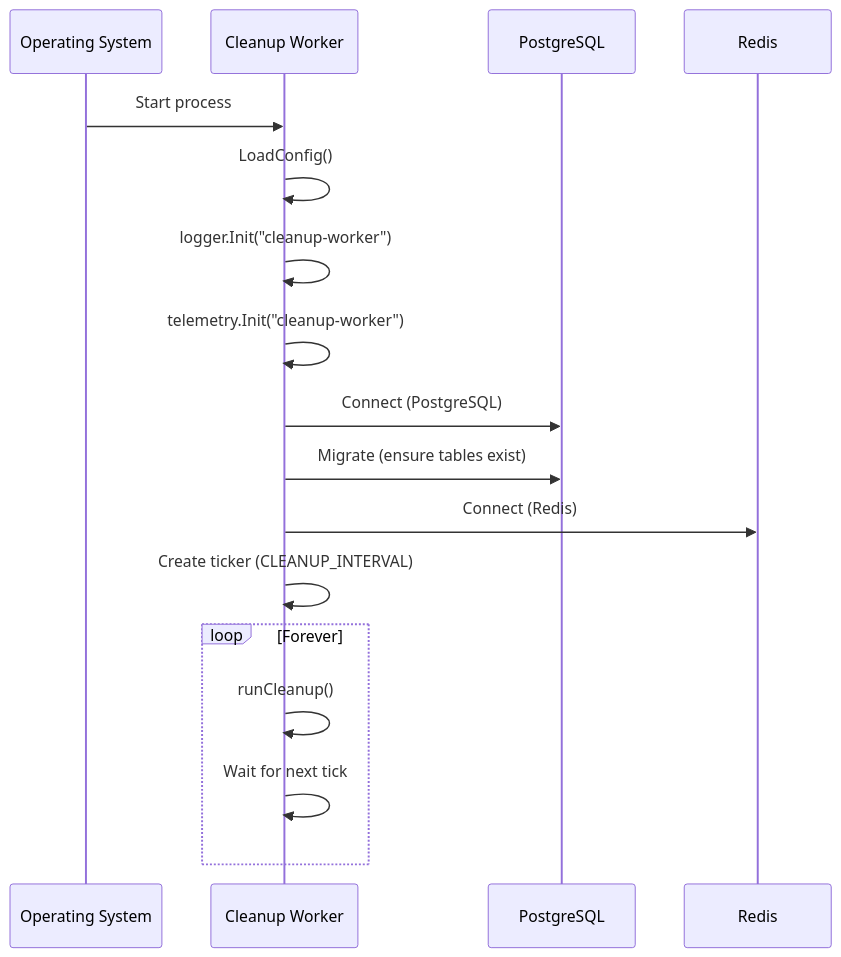
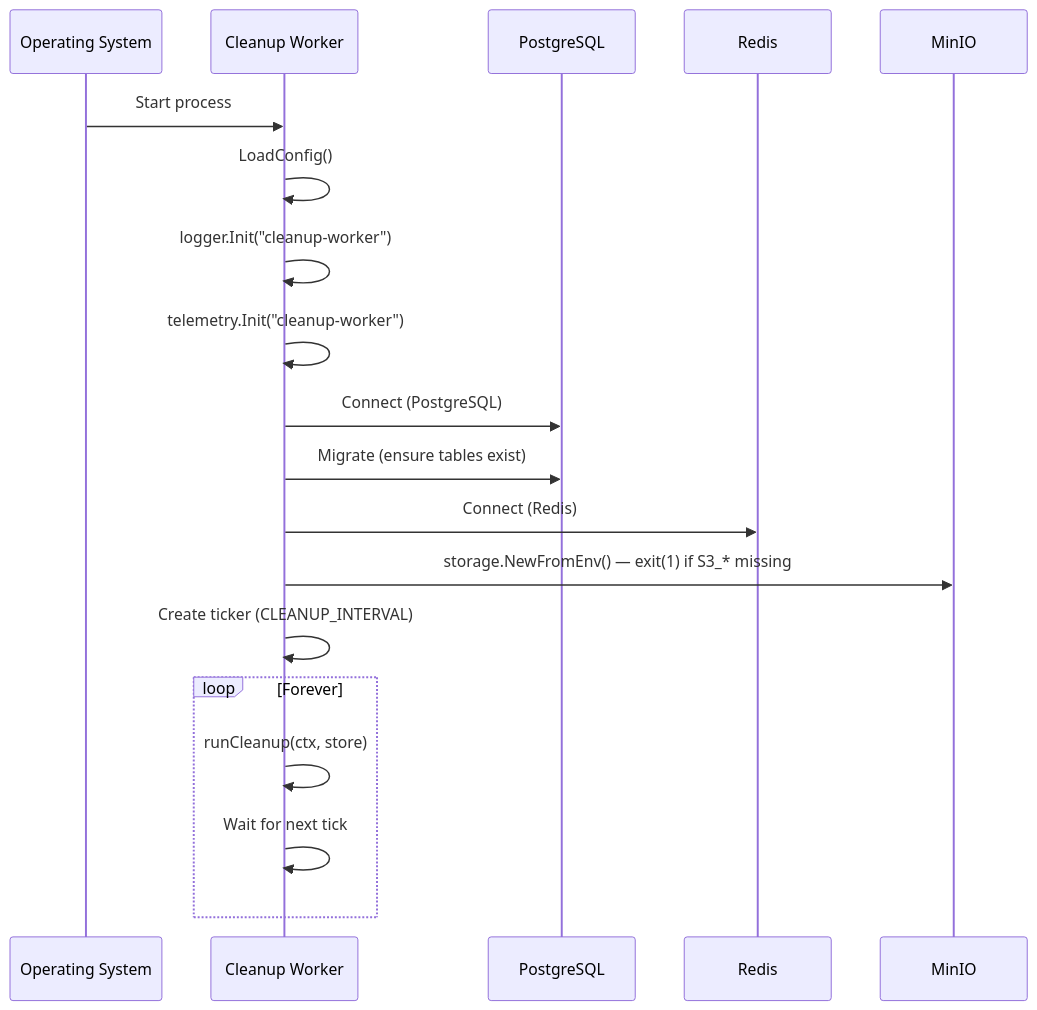
Before and after one commit to Prachidubey2003/fyredocs_backend: the second of 2 diagrams in docs/developer/services/CLEANUP_WORKER.md, drawn with Mermaid. The commit also changed other lines of this file and 84 other files, not shown here.

````diff
--- a/docs/developer/services/CLEANUP_WORKER.md
+++ b/docs/developer/services/CLEANUP_WORKER.md
@@ -596,22 +454,24 @@
 ```mermaid
 sequenceDiagram
     participant OS as Operating System
     participant CW as Cleanup Worker
     participant DB as PostgreSQL
     participant R as Redis
+    participant S3 as MinIO
 
     OS->>CW: Start process
     CW->>CW: LoadConfig()
     CW->>CW: logger.Init("cleanup-worker")
     CW->>CW: telemetry.Init("cleanup-worker")
     CW->>DB: Connect (PostgreSQL)
     CW->>DB: Migrate (ensure tables exist)
     CW->>R: Connect (Redis)
+    CW->>S3: storage.NewFromEnv() — exit(1) if S3_* missing
 
     CW->>CW: Create ticker (CLEANUP_INTERVAL)
 
     loop Forever
-        CW->>CW: runCleanup()
+        CW->>CW: runCleanup(ctx, store)
         CW->>CW: Wait for next tick
     end
 ```
````
